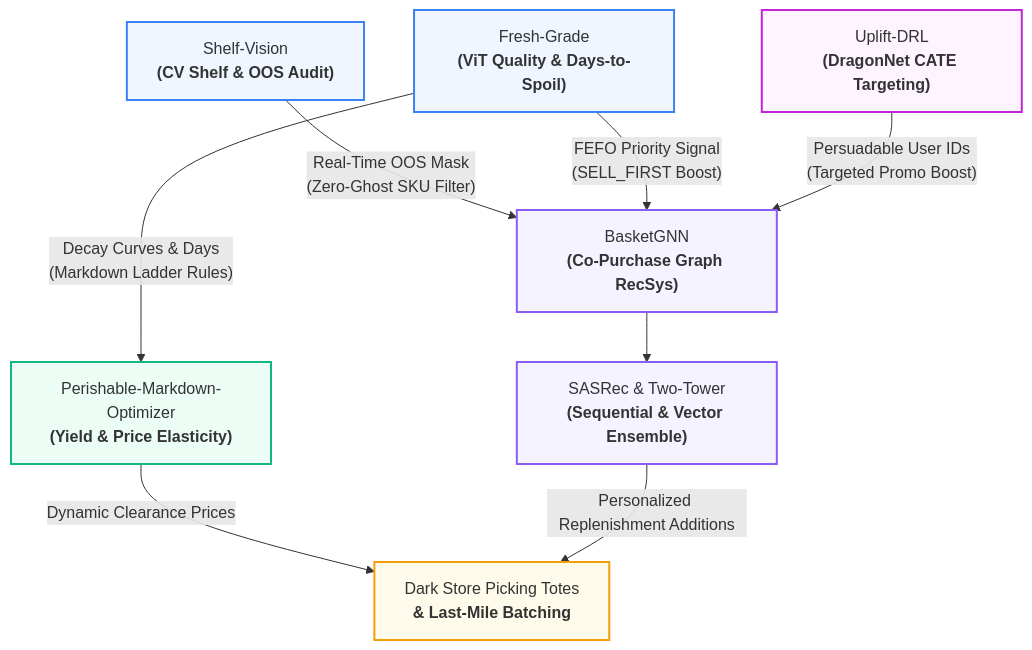
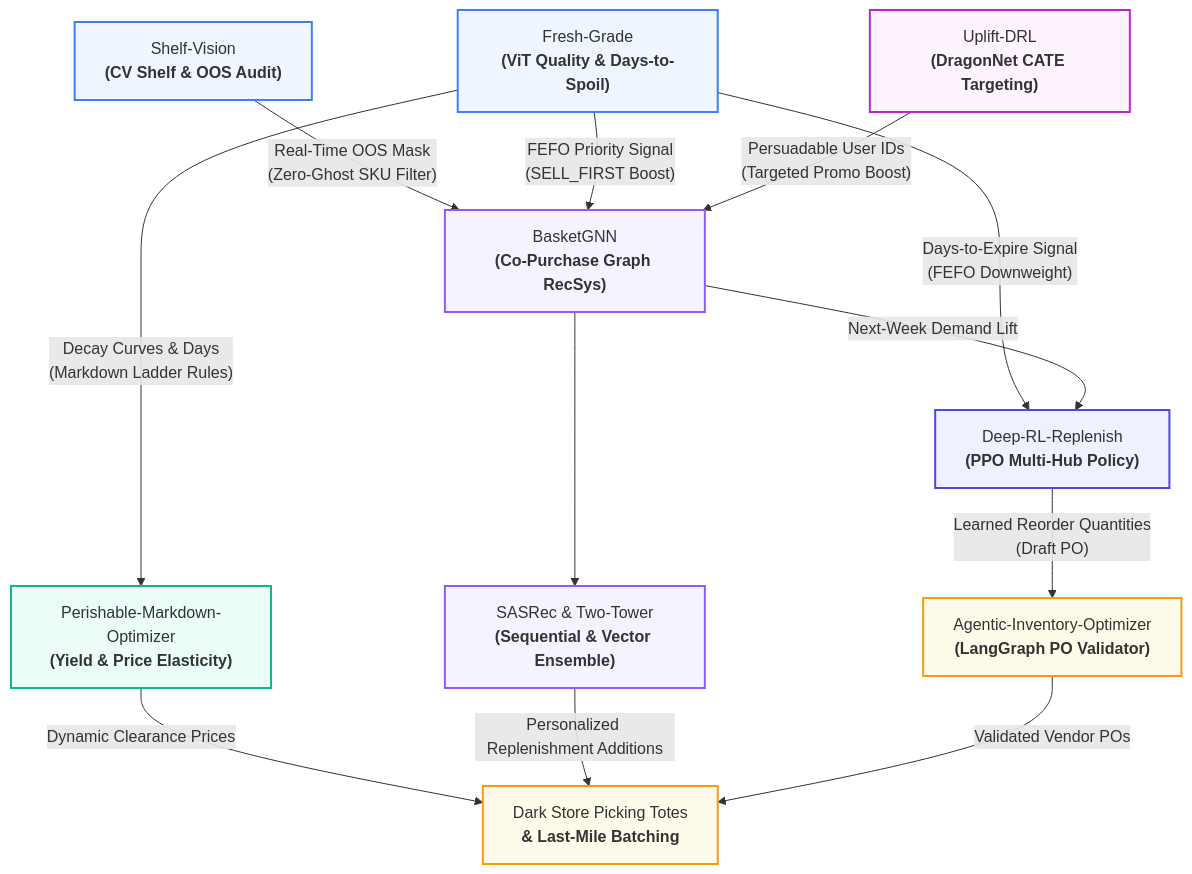
The diagram in README.md (findsamirks-commits/findsamirks-commits), drawn with Mermaid before and after one commit. The commit also changed other lines of this file, not shown here.

Commit message:
docs: complete 10th paradigm — integrate Deep-RL-Replenish into Mesh, badge grid, Tier-1 table, and tech stack

````diff
--- a/README.md
+++ b/README.md
@@ -34,24 +34,31 @@
 ```mermaid
 flowchart TD
     classDef vision fill:#EFF6FF,stroke:#3B82F6,stroke-width:2px;
     classDef recsys fill:#F5F3FF,stroke:#8B5CF6,stroke-width:2px;
     classDef pricing fill:#ECFDF5,stroke:#10B981,stroke-width:2px;
     classDef causal fill:#FDF4FF,stroke:#C026D3,stroke-width:2px;
+    classDef policy fill:#EEF2FF,stroke:#4F46E5,stroke-width:2px;
     classDef ops fill:#FFFBEB,stroke:#F59E0B,stroke-width:2px;
 
     SV["Shelf-Vision<br/><b>(CV Shelf & OOS Audit)</b>"]:::vision
     FG["Fresh-Grade<br/><b>(ViT Quality & Days-to-Spoil)</b>"]:::vision
     UD["Uplift-DRL<br/><b>(DragonNet CATE Targeting)</b>"]:::causal
+    DRL["Deep-RL-Replenish<br/><b>(PPO Multi-Hub Policy)</b>"]:::policy
     BG["BasketGNN<br/><b>(Co-Purchase Graph RecSys)</b>"]:::recsys
     ENS["SASRec & Two-Tower<br/><b>(Sequential & Vector Ensemble)</b>"]:::recsys
     PMO["Perishable-Markdown-Optimizer<br/><b>(Yield & Price Elasticity)</b>"]:::pricing
+    IO["Agentic-Inventory-Optimizer<br/><b>(LangGraph PO Validator)</b>"]:::ops
     OPS["Dark Store Picking Totes<br/><b>& Last-Mile Batching</b>"]:::ops
 
     SV -- "Real-Time OOS Mask<br/>(Zero-Ghost SKU Filter)" --> BG
     FG -- "FEFO Priority Signal<br/>(SELL_FIRST Boost)" --> BG
     FG -- "Decay Curves & Days<br/>(Markdown Ladder Rules)" --> PMO
+    FG -- "Days-to-Expire Signal<br/>(FEFO Downweight)" --> DRL
     UD -- "Persuadable User IDs<br/>(Targeted Promo Boost)" --> BG
+    BG -- "Next-Week Demand Lift" --> DRL
+    DRL -- "Learned Reorder Quantities<br/>(Draft PO)" --> IO
     BG --> ENS
     PMO -- "Dynamic Clearance Prices" --> OPS
     ENS -- "Personalized Replenishment Additions" --> OPS
+    IO -- "Validated Vendor POs" --> OPS
 ```
````
